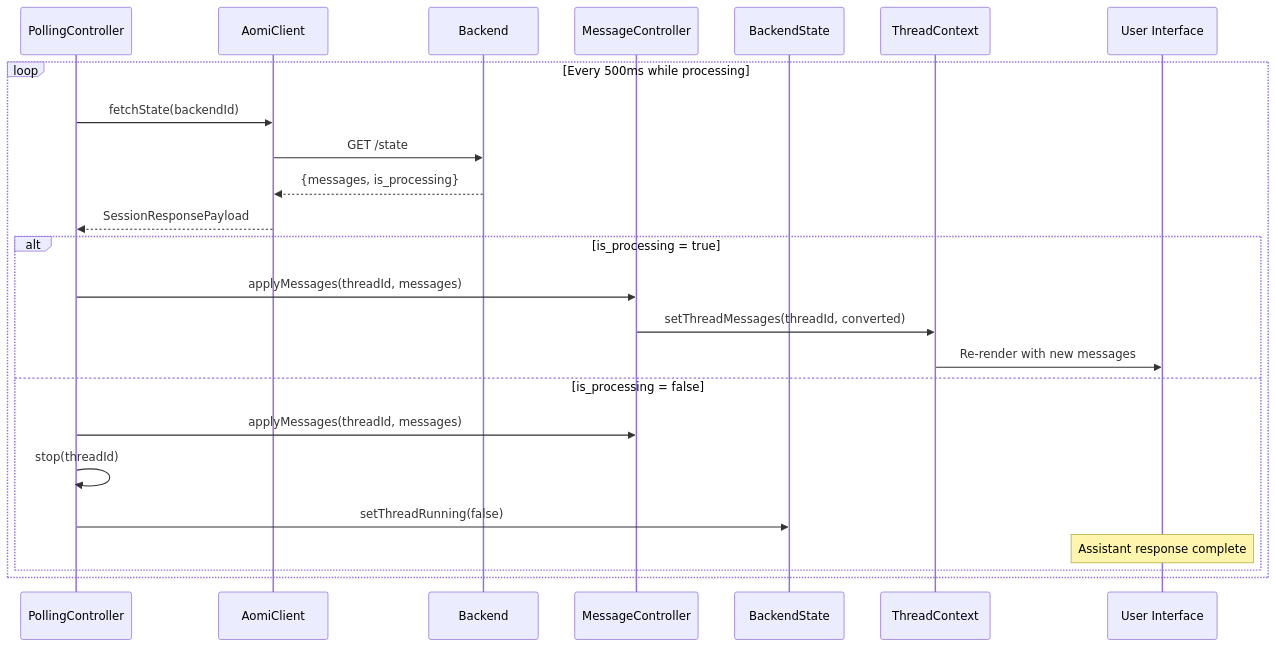
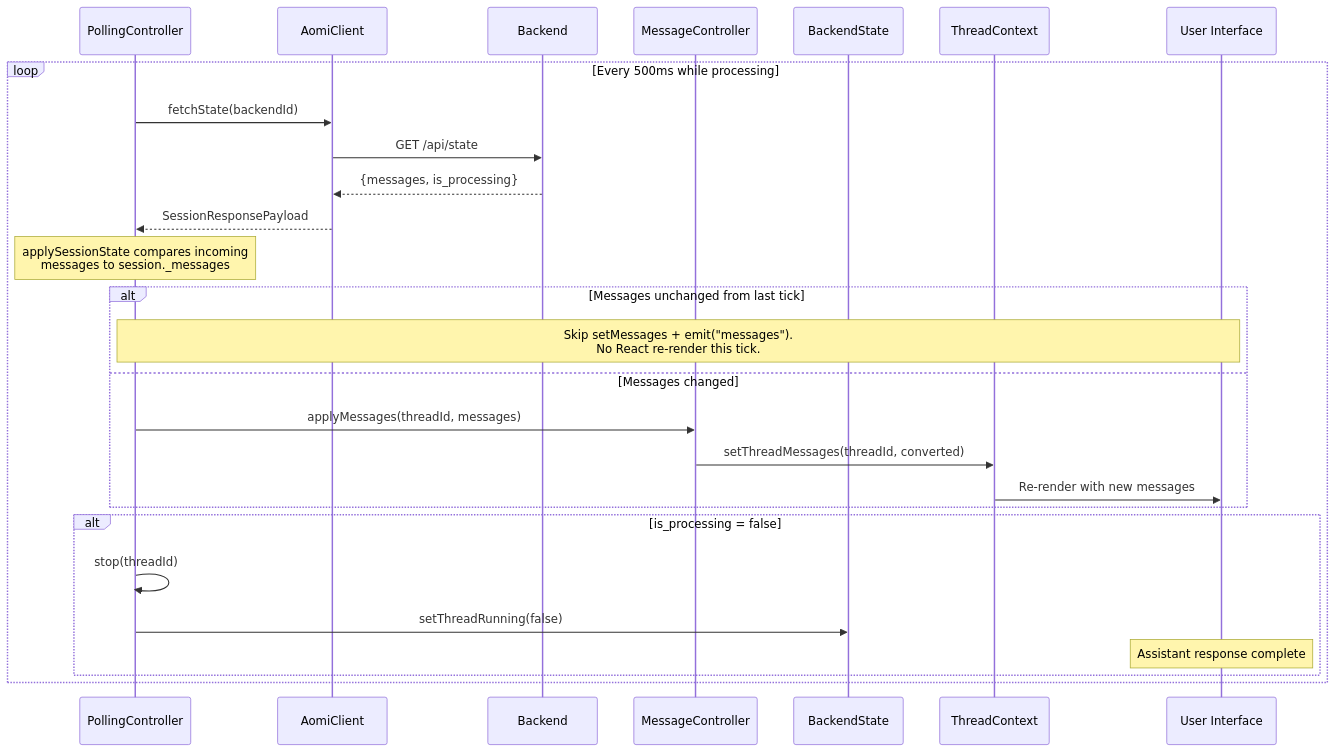
One commit to aomi-labs/aomi-widget changed the fourth of 13 diagrams in specs/RUNTIME-ARCH.md. Above: the diagram before and after it, drawn with Mermaid. The commit also changed other lines of this file and 38 other files, not shown here.

Commit message:
Remove legacy account exchange client flow

````diff
--- a/specs/RUNTIME-ARCH.md
+++ b/specs/RUNTIME-ARCH.md
@@ -159,28 +159,32 @@
 ```mermaid
 sequenceDiagram
     participant PC as PollingController
     participant API as AomiClient
     participant BE as Backend
     participant MC as MessageController
     participant BS as BackendState
     participant TC as ThreadContext
     participant UI as User Interface
 
     loop Every 500ms while processing
         PC->>API: fetchState(backendId)
-        API->>BE: GET /state
+        API->>BE: GET /api/state
         BE-->>API: {messages, is_processing}
         API-->>PC: SessionResponsePayload
 
-        alt is_processing = true
+        Note over PC: applySessionState compares incoming<br/>messages to session._messages
+        alt Messages unchanged from last tick
+            Note over PC,UI: Skip setMessages + emit("messages").<br/>No React re-render this tick.
+        else Messages changed
             PC->>MC: applyMessages(threadId, messages)
             MC->>TC: setThreadMessages(threadId, converted)
             TC->>UI: Re-render with new messages
-        else is_processing = false
-            PC->>MC: applyMessages(threadId, messages)
+        end
+
+        alt is_processing = false
             PC->>PC: stop(threadId)
             PC->>BS: setThreadRunning(false)
             Note over UI: Assistant response complete
         end
     end
 ```
````
